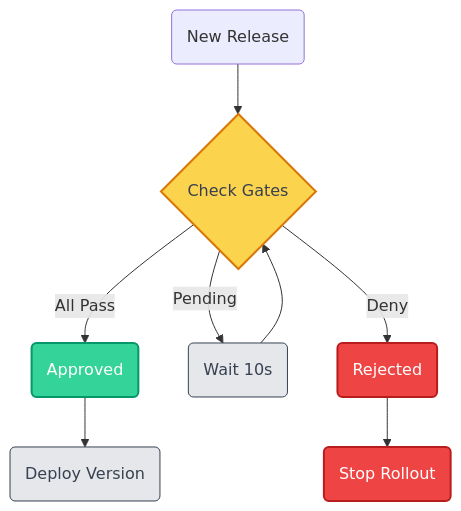
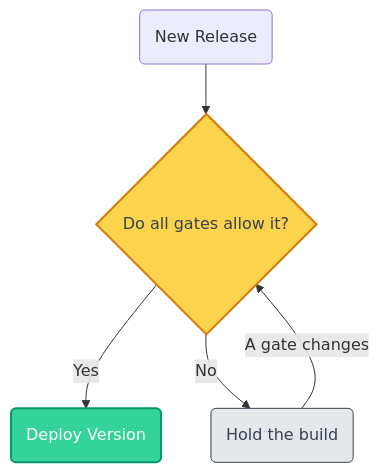
Before and after one commit to kuberik/website: the first of 2 diagrams in content/docs/concepts/rollouts.md, drawn with Mermaid. The commit also changed other lines of this file and 1 other file, not shown here.

First line of the commit message:
docs(concepts): replace rollback promises with the failed-bake hold; fix Rollout status, gating and bake

````diff
--- a/content/docs/concepts/rollouts.md
+++ b/content/docs/concepts/rollouts.md
@@ -92,17 +98,12 @@
 ```mermaid
 flowchart TD
     %% Styles
     classDef state fill:#E5E7EB,stroke:#374151,stroke-width:1px,color:#374151
     classDef decision fill:#FCD34D,stroke:#D97706,stroke-width:2px,color:#374151
     classDef success fill:#34D399,stroke:#059669,stroke-width:2px,color:#fff
-    classDef failure fill:#EF4444,stroke:#B91C1C,stroke-width:2px,color:#fff
 
-    Start(New Release) --> Check{Check Gates}:::decision
-    Check -->|All Pass| Approved(Approved):::success
-    Check -->|Pending| Wait(Wait 10s):::state
-    Wait --> Check
-    Check -->|Deny| Rejected(Rejected):::failure
-
-    Approved --> Deploy(Deploy Version):::state
-    Rejected --> Stop(Stop Rollout):::failure
+    Start(New Release) --> Check{Do all gates allow it?}:::decision
+    Check -->|Yes| Deploy(Deploy Version):::success
+    Check -->|No| Hold(Hold the build):::state
+    Hold -->|A gate changes| Check
 ```
````
